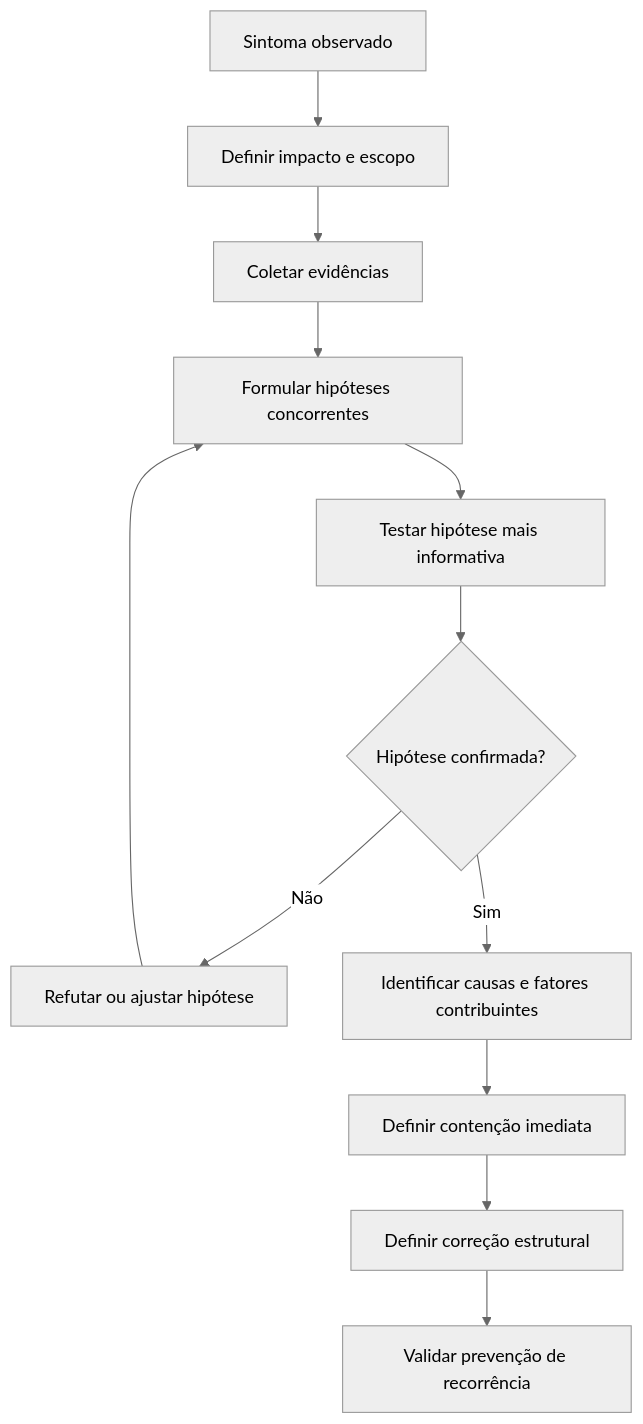
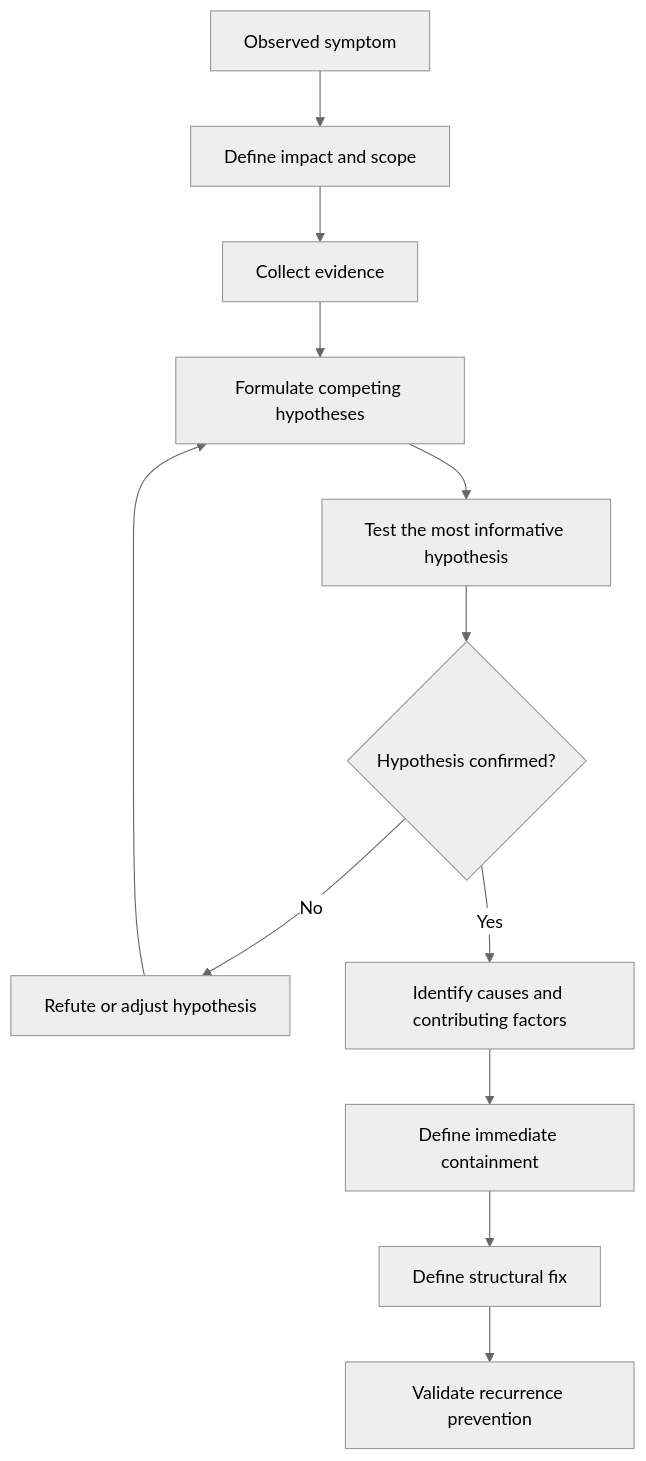
The first of 5 diagrams in dist/.agents/skills/pelizzai-reasoning/techniques/root-cause-analysis.md (rpelizza/PelizzAI), drawn with Mermaid (neutral theme) before and after one commit. The commit also changed other lines of this file and 362 other files, not shown here.

````diff
--- a/dist/.agents/skills/pelizzai-reasoning/techniques/root-cause-analysis.md
+++ b/dist/.agents/skills/pelizzai-reasoning/techniques/root-cause-analysis.md
@@ -43,16 +43,16 @@
 ```mermaid
 flowchart TD
-    A[Sintoma observado] --> B[Definir impacto e escopo]
-    B --> C[Coletar evidências]
-    C --> D[Formular hipóteses concorrentes]
-    D --> E[Testar hipótese mais informativa]
-    E --> F{Hipótese confirmada?}
+    A[Observed symptom] --> B[Define impact and scope]
+    B --> C[Collect evidence]
+    C --> D[Formulate competing hypotheses]
+    D --> E[Test the most informative hypothesis]
+    E --> F{Hypothesis confirmed?}
 
-    F -- Não --> G[Refutar ou ajustar hipótese]
+    F -- No --> G[Refute or adjust hypothesis]
     G --> D
 
-    F -- Sim --> H[Identificar causas e fatores contribuintes]
-    H --> I[Definir contenção imediata]
-    I --> J[Definir correção estrutural]
-    J --> K[Validar prevenção de recorrência]
+    F -- Yes --> H[Identify causes and contributing factors]
+    H --> I[Define immediate containment]
+    I --> J[Define structural fix]
+    J --> K[Validate recurrence prevention]
 ```
````
